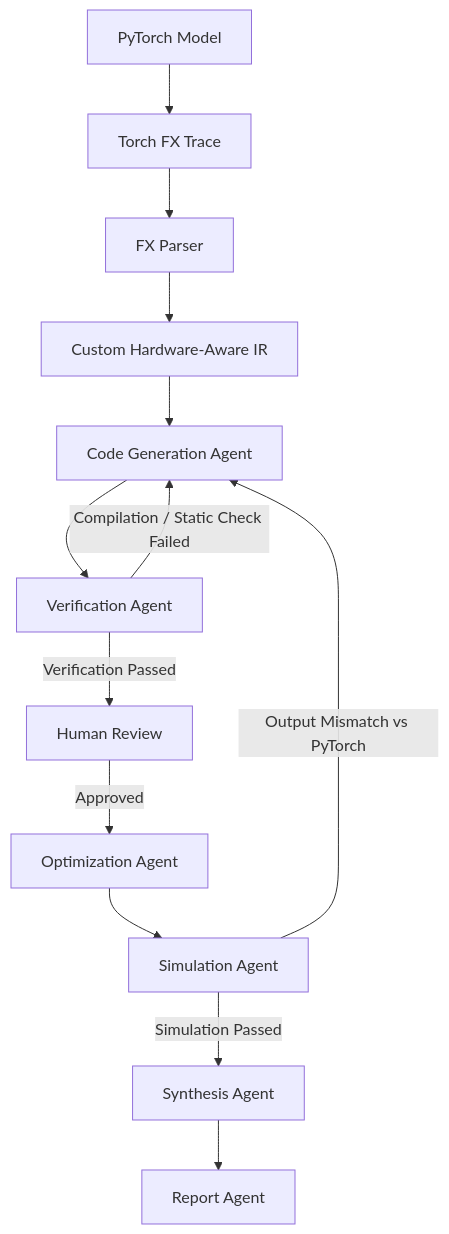
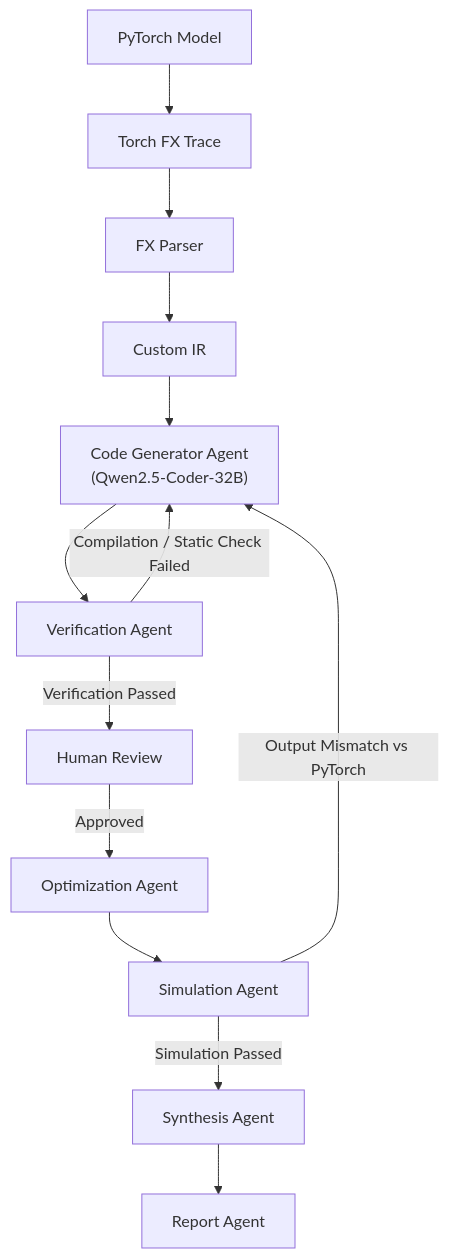
One commit to ashwin17083/customriscv changed the second of 2 diagrams in IMPLEMENTATION_PLAN.md. Above: the diagram before and after it, drawn with Mermaid.

````diff
--- a/IMPLEMENTATION_PLAN.md
+++ b/IMPLEMENTATION_PLAN.md
@@ -33,24 +33,24 @@
 ```mermaid
 graph TD
 A[PyTorch Model] --> B[Torch FX Trace]
 B --> C[FX Parser]
-C --> D[Custom Hardware-Aware IR]
+C --> D[Custom IR]
 
-D --> E[Code Generation Agent]
+D --> E["Code Generator Agent<br/>(Qwen2.5-Coder-32B)"]
 E --> F[Verification Agent]
 
 F -->|Compilation / Static Check Failed| E
 
 F -->|Verification Passed| G[Human Review]
 
 G -->|Approved| H[Optimization Agent]
 
 H --> I[Simulation Agent]
 
 I -->|Output Mismatch vs PyTorch| E
 
 I -->|Simulation Passed| J[Synthesis Agent]
 
 J --> K[Report Agent]
 
 ```
````
